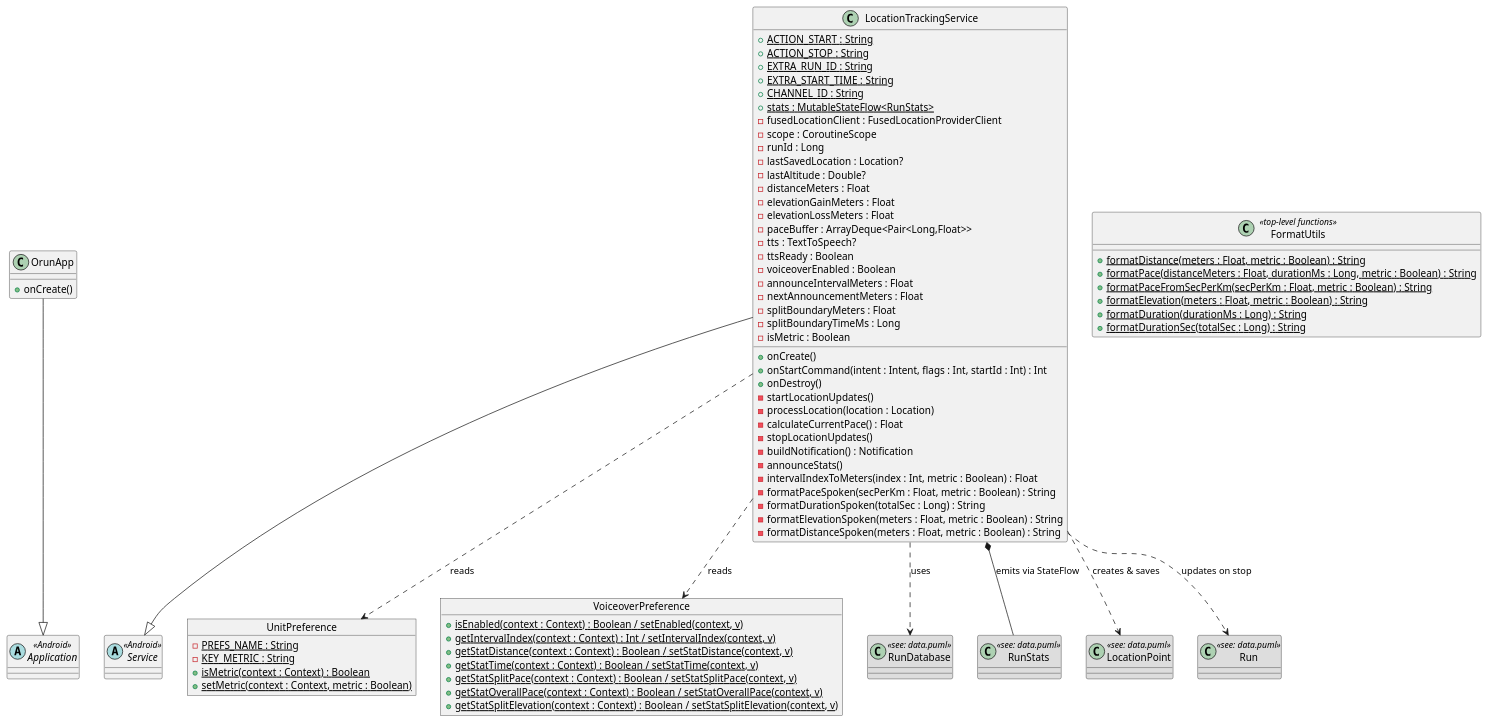
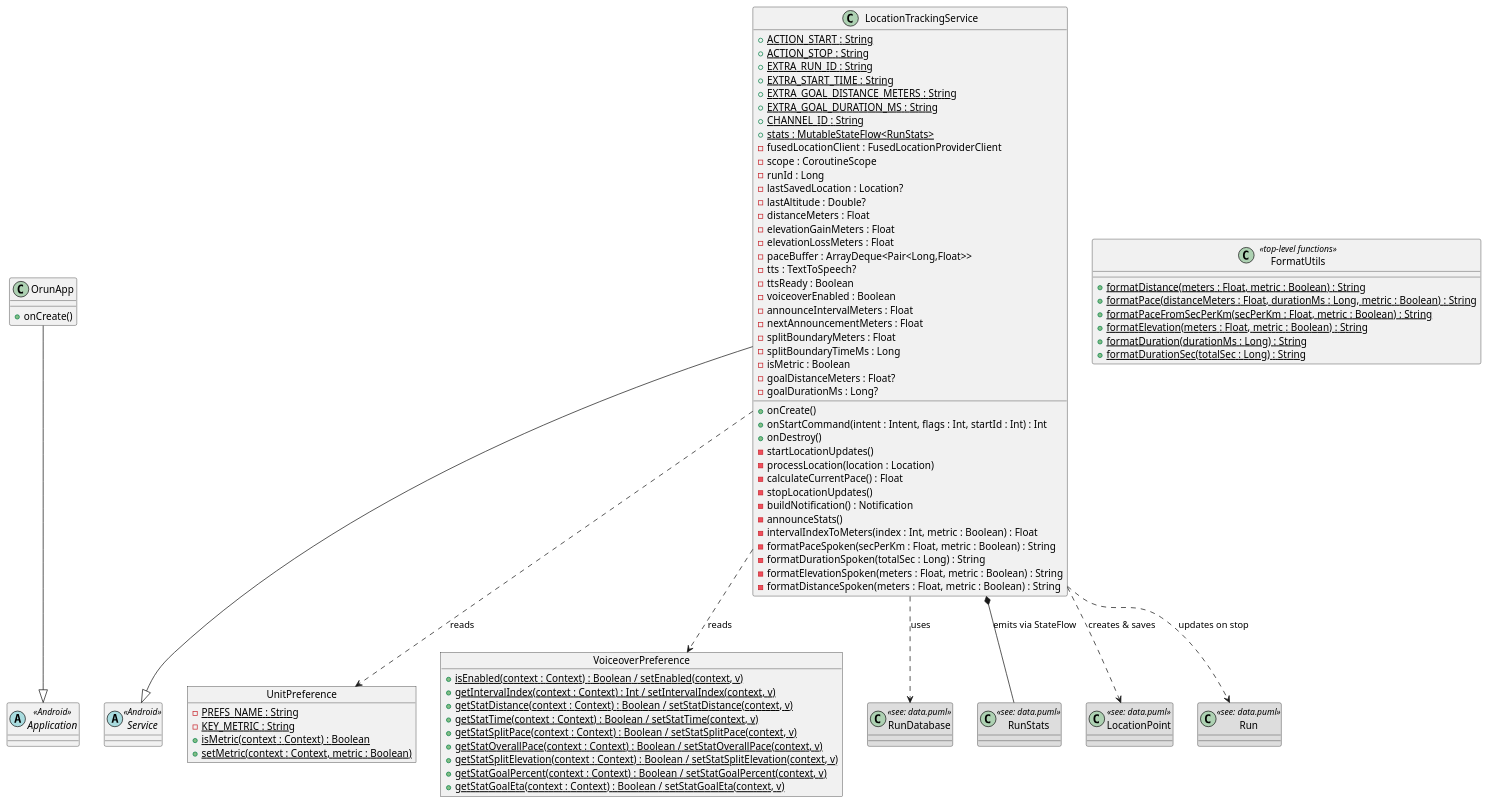
Before and after one commit to yaroslav-06/orun: the diagram in diagrams/services.puml, drawn with PlantUML. The commit also changed 10 other files, not shown here.

```diff
--- a/diagrams/services.puml
+++ b/diagrams/services.puml
@@ -1,92 +1,98 @@
 @startuml Services & Utilities
 
 abstract class Application <<Android>>
 abstract class Service <<Android>>
 
 class OrunApp {
     +onCreate()
 }
 
 class LocationTrackingService {
     +{static} ACTION_START : String
     +{static} ACTION_STOP : String
     +{static} EXTRA_RUN_ID : String
     +{static} EXTRA_START_TIME : String
+    +{static} EXTRA_GOAL_DISTANCE_METERS : String
+    +{static} EXTRA_GOAL_DURATION_MS : String
     +{static} CHANNEL_ID : String
     +{static} stats : MutableStateFlow<RunStats>
     -fusedLocationClient : FusedLocationProviderClient
     -scope : CoroutineScope
     -runId : Long
     -lastSavedLocation : Location?
     -lastAltitude : Double?
     -distanceMeters : Float
     -elevationGainMeters : Float
     -elevationLossMeters : Float
     -paceBuffer : ArrayDeque<Pair<Long,Float>>
     -tts : TextToSpeech?
     -ttsReady : Boolean
     -voiceoverEnabled : Boolean
     -announceIntervalMeters : Float
     -nextAnnouncementMeters : Float
     -splitBoundaryMeters : Float
     -splitBoundaryTimeMs : Long
     -isMetric : Boolean
+    -goalDistanceMeters : Float?
+    -goalDurationMs : Long?
     +onCreate()
     +onStartCommand(intent : Intent, flags : Int, startId : Int) : Int
     +onDestroy()
     -startLocationUpdates()
     -processLocation(location : Location)
     -calculateCurrentPace() : Float
     -stopLocationUpdates()
     -buildNotification() : Notification
     -announceStats()
     -intervalIndexToMeters(index : Int, metric : Boolean) : Float
     -formatPaceSpoken(secPerKm : Float, metric : Boolean) : String
     -formatDurationSpoken(totalSec : Long) : String
     -formatElevationSpoken(meters : Float, metric : Boolean) : String
     -formatDistanceSpoken(meters : Float, metric : Boolean) : String
 }
 
 object UnitPreference {
     -{static} PREFS_NAME : String
     -{static} KEY_METRIC : String
     +{static} isMetric(context : Context) : Boolean
     +{static} setMetric(context : Context, metric : Boolean)
 }
 
 object VoiceoverPreference {
     +{static} isEnabled(context : Context) : Boolean / setEnabled(context, v)
     +{static} getIntervalIndex(context : Context) : Int / setIntervalIndex(context, v)
     +{static} getStatDistance(context : Context) : Boolean / setStatDistance(context, v)
     +{static} getStatTime(context : Context) : Boolean / setStatTime(context, v)
     +{static} getStatSplitPace(context : Context) : Boolean / setStatSplitPace(context, v)
     +{static} getStatOverallPace(context : Context) : Boolean / setStatOverallPace(context, v)
     +{static} getStatSplitElevation(context : Context) : Boolean / setStatSplitElevation(context, v)
+    +{static} getStatGoalPercent(context : Context) : Boolean / setStatGoalPercent(context, v)
+    +{static} getStatGoalEta(context : Context) : Boolean / setStatGoalEta(context, v)
 }
 
 class FormatUtils <<top-level functions>> {
     +{static} formatDistance(meters : Float, metric : Boolean) : String
     +{static} formatPace(distanceMeters : Float, durationMs : Long, metric : Boolean) : String
     +{static} formatPaceFromSecPerKm(secPerKm : Float, metric : Boolean) : String
     +{static} formatElevation(meters : Float, metric : Boolean) : String
     +{static} formatDuration(durationMs : Long) : String
     +{static} formatDurationSec(totalSec : Long) : String
 }
 
 ' ── Stubs referencing data.puml ──────────────────────────────────────────────
 class RunDatabase <<see: data.puml>> #DDDDDD
 class RunStats <<see: data.puml>> #DDDDDD
 class LocationPoint <<see: data.puml>> #DDDDDD
 class Run <<see: data.puml>> #DDDDDD
 
 OrunApp --|> Application
 LocationTrackingService --|> Service
 
 LocationTrackingService ..> VoiceoverPreference : reads
 LocationTrackingService ..> UnitPreference : reads
 LocationTrackingService ..> RunDatabase : uses
 LocationTrackingService ..> LocationPoint : creates & saves
 LocationTrackingService ..> Run : updates on stop
 LocationTrackingService *-- RunStats : emits via StateFlow
 
 @enduml
```
